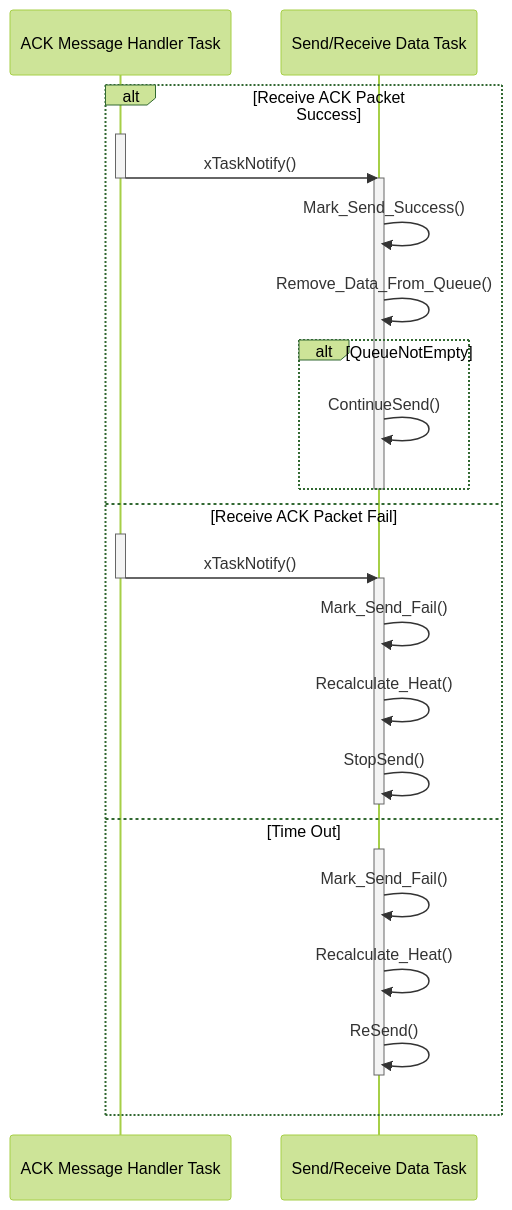
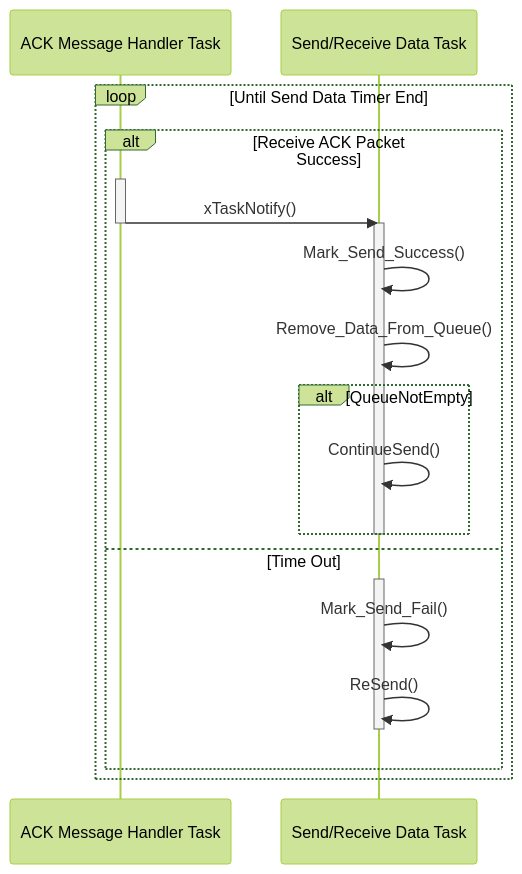
One commit to NguyenHoangTrieu/PROJECT01 changed the second of 4 diagrams in ReadMe/task_update_and_send_or_rec.md. Above: the diagram before and after it, drawn with Mermaid (forest theme). The commit also changed other lines of this file and 3 other files, not shown here.

````diff
--- a/ReadMe/task_update_and_send_or_rec.md
+++ b/ReadMe/task_update_and_send_or_rec.md
@@ -150,33 +38,24 @@
 ```mermaid
 sequenceDiagram
     participant ACK as ACK Message Handler Task
     participant Data as Send/Receive Data Task
-
-    alt Receive ACK Packet Success
-        activate ACK
-        ACK ->> Data: xTaskNotify()
-        deactivate ACK
-        activate Data
-        Data ->> Data: Mark_Send_Success()
-        Data ->> Data: Remove_Data_From_Queue()
-        alt QueueNotEmpty
-            Data ->> Data: ContinueSend()
+    loop Until Send Data Timer End
+        alt Receive ACK Packet Success
+            activate ACK
+            ACK ->> Data: xTaskNotify()
+            deactivate ACK
+            activate Data
+            Data ->> Data: Mark_Send_Success()
+            Data ->> Data: Remove_Data_From_Queue()
+            alt QueueNotEmpty
+                Data ->> Data: ContinueSend()
+            end
+            deactivate Data
+        else Time Out
+            activate Data
+            Data ->> Data: Mark_Send_Fail()
+            Data ->> Data: ReSend()
+            deactivate Data
         end
-        deactivate Data
-    else Receive ACK Packet Fail
-        activate ACK
-        ACK ->> Data: xTaskNotify()
-        deactivate ACK
-        activate Data
-        Data ->> Data: Mark_Send_Fail()
-        Data ->> Data: Recalculate_Heat()
-        Data ->> Data: StopSend()
-        deactivate Data
-        else Time Out
-        activate Data
-        Data ->> Data: Mark_Send_Fail()
-        Data ->> Data: Recalculate_Heat()
-        Data ->> Data: ReSend()
-        deactivate Data
     end
 ```
````
